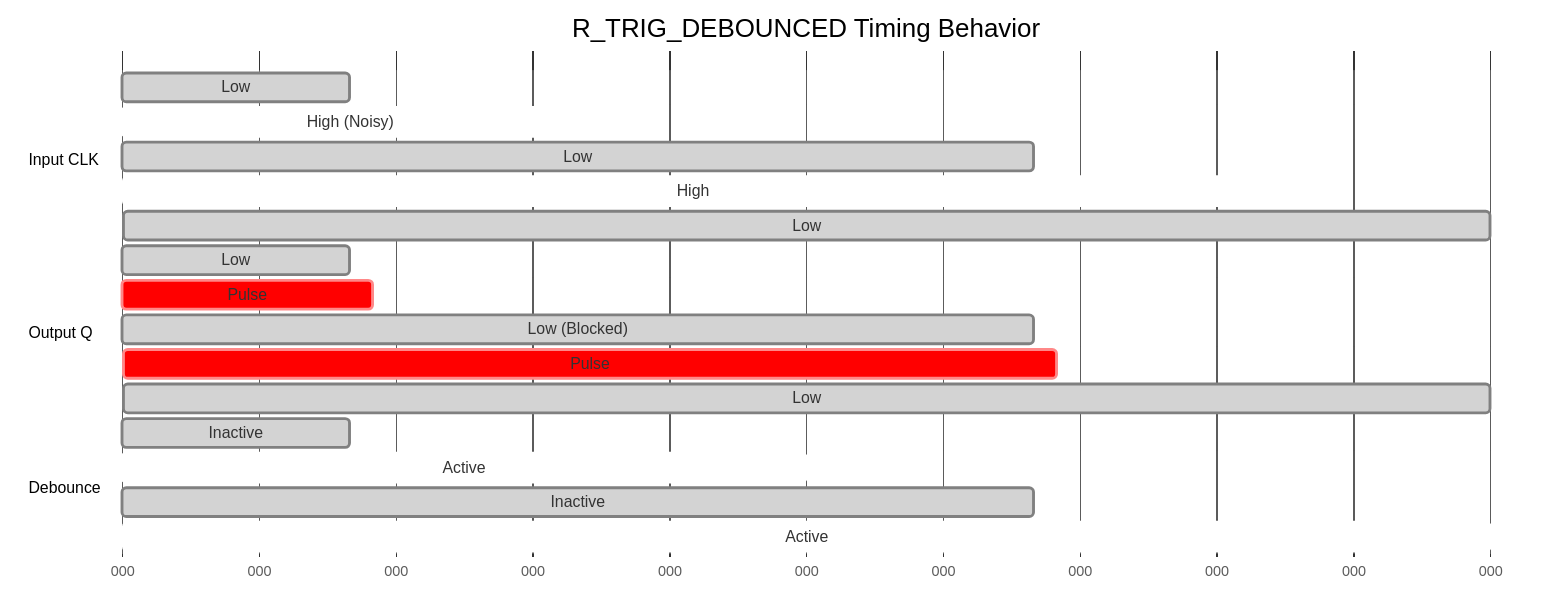
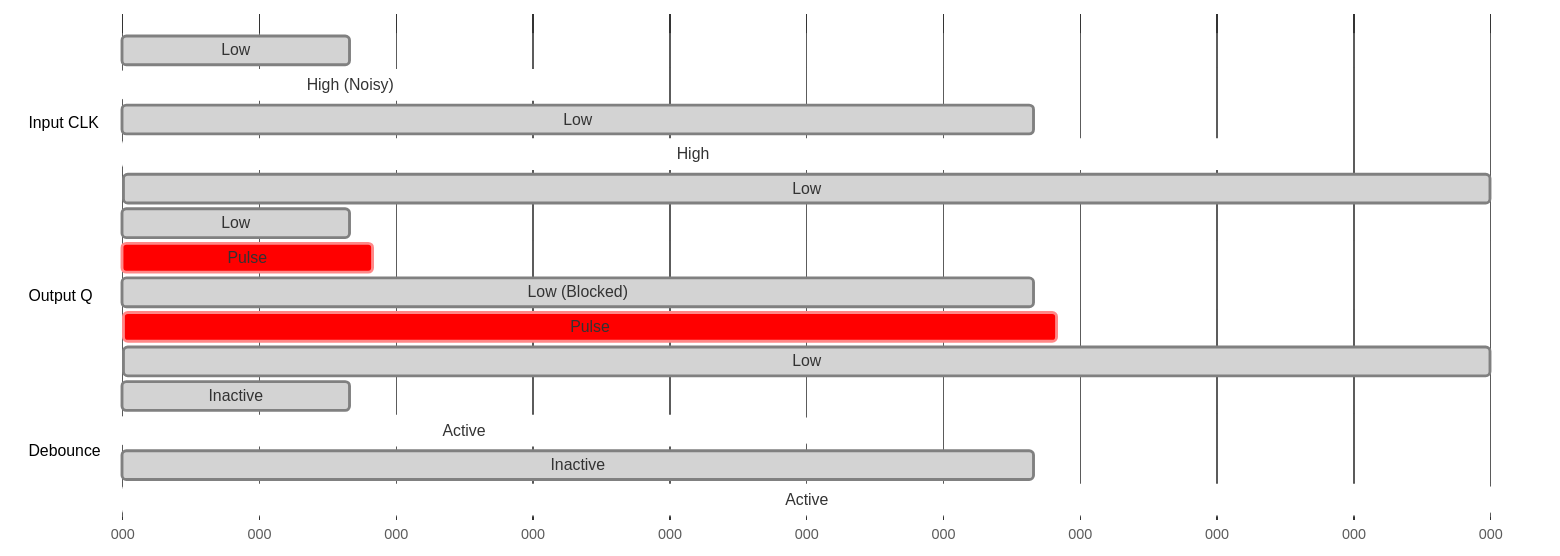
Before and after one commit to vossjannik/twincat-utilities: the third of 3 diagrams in README.md, drawn with Mermaid. The commit also changed other lines of this file, not shown here.

````diff
--- a/README.md
+++ b/README.md
@@ -123,27 +123,26 @@
 ```mermaid
 %%{init: {"theme": "base", "themeVariables": {"primaryColor": "#ffffff"}}}%%
 gantt
-    title R_TRIG_DEBOUNCED Timing Behavior
     dateFormat X
     axisFormat %L
 
     section Input CLK
     Low           :done, clk1, 0, 100
     High (Noisy)  :active, clk2, 100, 200
     Low           :done, clk3, 200, 400
     High          :active, clk4, 400, 500
     Low           :done, clk5, 500, 600
 
     section Output Q
     Low           :done, q1, 0, 100
     Pulse         :crit, q2, 100, 110
     Low (Blocked) :done, q3, 110, 400
     Pulse         :crit, q4, 400, 410
     Low           :done, q5, 410, 600
 
     section Debounce
     Inactive      :done, d1, 0, 100
     Active        :active, d2, 100, 300
     Inactive      :done, d3, 300, 400
     Active        :active, d4, 400, 600
 ```
````
